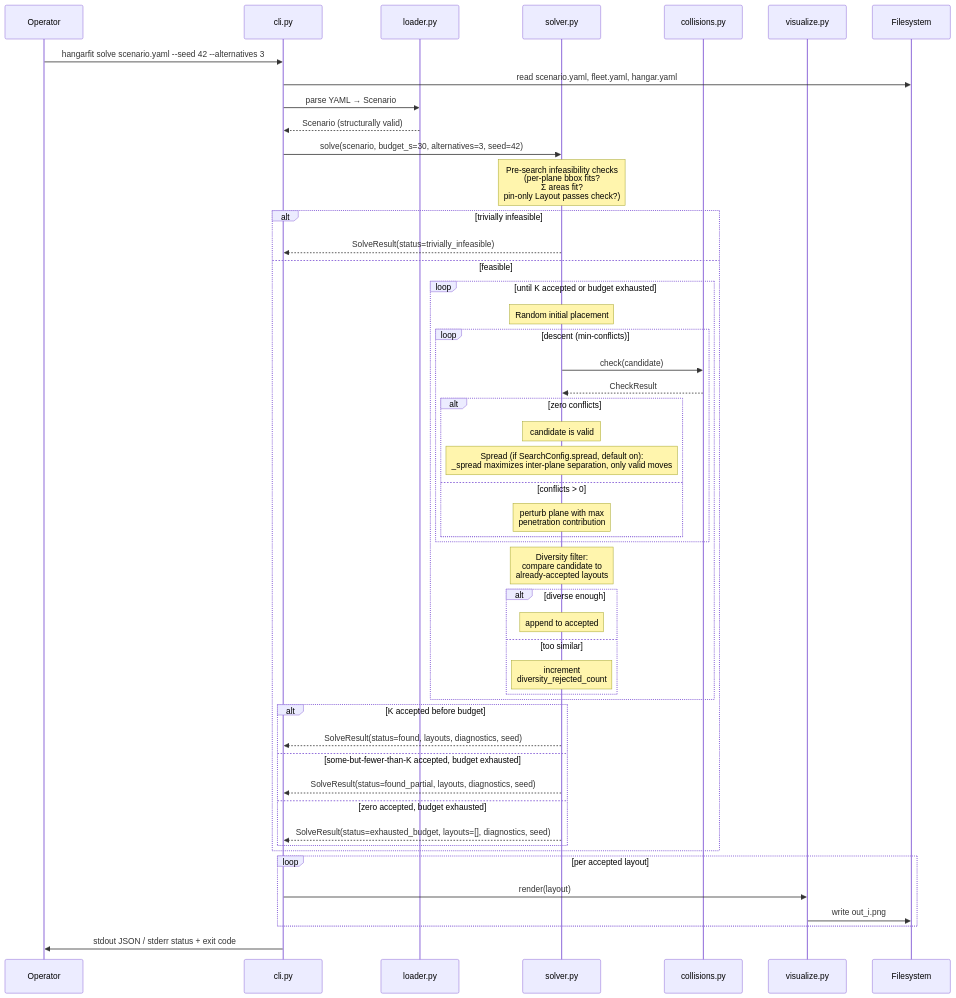
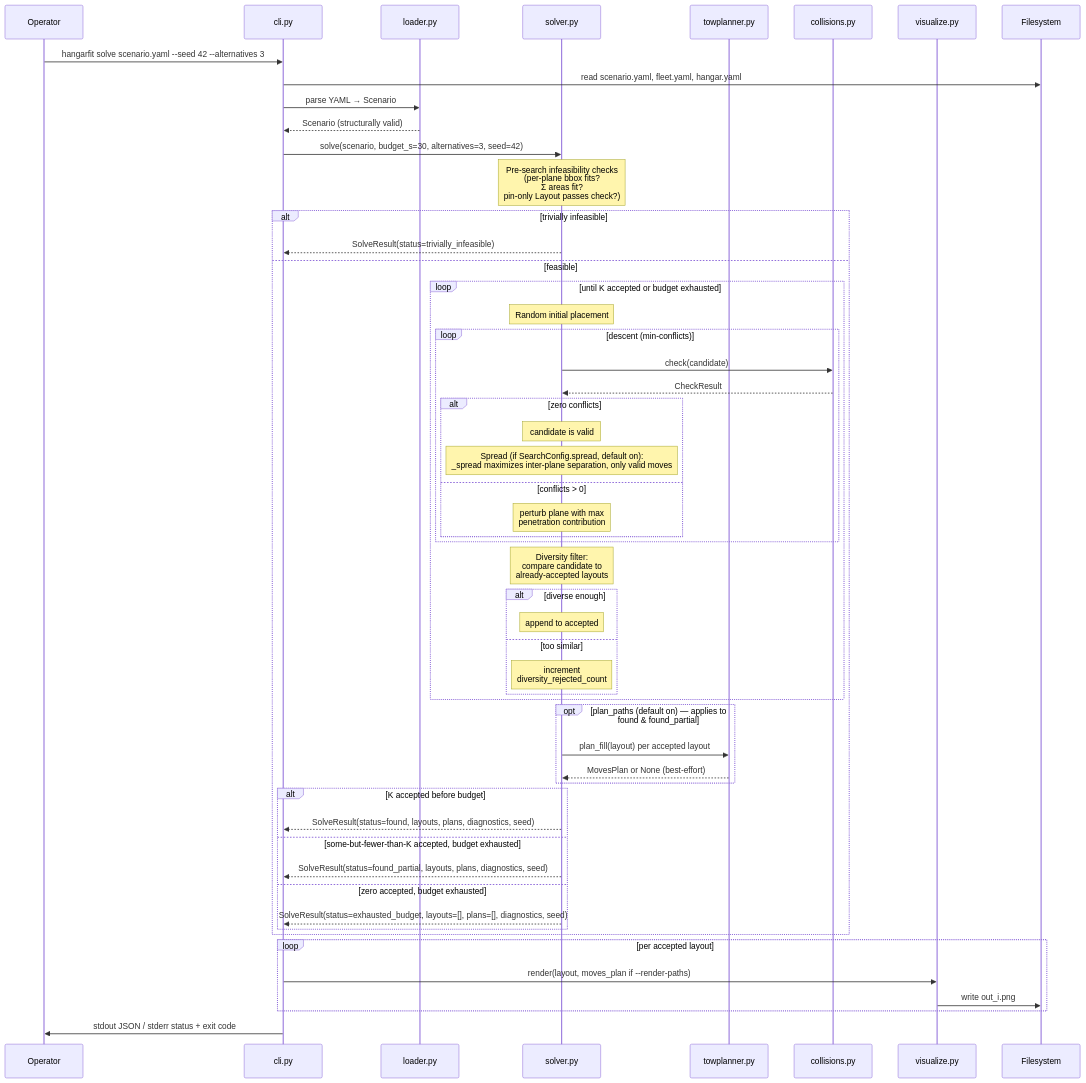
The second of 2 diagrams in docs/architecture/06-runtime-view.md (DocGerd/hangarfit), drawn with Mermaid before and after one commit. The commit also changed other lines of this file and 6 other files, not shown here.

````diff
--- a/docs/architecture/06-runtime-view.md
+++ b/docs/architecture/06-runtime-view.md
@@ -61,54 +61,59 @@
 ```mermaid
 sequenceDiagram
     participant Op as Operator
     participant CLI as cli.py
     participant Loader as loader.py
     participant Solver as solver.py
+    participant Tow as towplanner.py
     participant Coll as collisions.py
     participant Viz as visualize.py
     participant FS as Filesystem
 
     Op->>CLI: hangarfit solve scenario.yaml --seed 42 --alternatives 3
     CLI->>FS: read scenario.yaml, fleet.yaml, hangar.yaml
     CLI->>Loader: parse YAML → Scenario
     Loader-->>CLI: Scenario (structurally valid)
 
     CLI->>Solver: solve(scenario, budget_s=30, alternatives=3, seed=42)
     Note over Solver: Pre-search infeasibility checks<br/>(per-plane bbox fits?<br/>Σ areas fit?<br/>pin-only Layout passes check?)
     alt trivially infeasible
         Solver-->>CLI: SolveResult(status=trivially_infeasible)
     else feasible
         loop until K accepted or budget exhausted
             Note over Solver: Random initial placement
             loop descent (min-conflicts)
                 Solver->>Coll: check(candidate)
                 Coll-->>Solver: CheckResult
                 alt zero conflicts
                     Note over Solver: candidate is valid
                     Note over Solver: Spread (if SearchConfig.spread, default on):<br/>_spread maximizes inter-plane separation, only valid moves
                 else conflicts > 0
                     Note over Solver: perturb plane with max<br/>penetration contribution
                 end
             end
             Note over Solver: Diversity filter:<br/>compare candidate to<br/>already-accepted layouts
             alt diverse enough
                 Note over Solver: append to accepted
             else too similar
                 Note over Solver: increment<br/>diversity_rejected_count
             end
         end
+        opt plan_paths (default on) — applies to found & found_partial
+            Solver->>Tow: plan_fill(layout) per accepted layout
+            Tow-->>Solver: MovesPlan or None (best-effort)
+        end
         alt K accepted before budget
-            Solver-->>CLI: SolveResult(status=found, layouts, diagnostics, seed)
+            Solver-->>CLI: SolveResult(status=found, layouts, plans, diagnostics, seed)
         else some-but-fewer-than-K accepted, budget exhausted
-            Solver-->>CLI: SolveResult(status=found_partial, layouts, diagnostics, seed)
+            Solver-->>CLI: SolveResult(status=found_partial, layouts, plans, diagnostics, seed)
         else zero accepted, budget exhausted
-            Solver-->>CLI: SolveResult(status=exhausted_budget, layouts=[], diagnostics, seed)
+            Solver-->>CLI: SolveResult(status=exhausted_budget, layouts=[], plans=[], diagnostics, seed)
         end
     end
 
     loop per accepted layout
-        CLI->>Viz: render(layout)
+        CLI->>Viz: render(layout, moves_plan if --render-paths)
         Viz->>FS: write out_i.png
     end
     CLI->>Op: stdout JSON / stderr status + exit code
 ```
````
